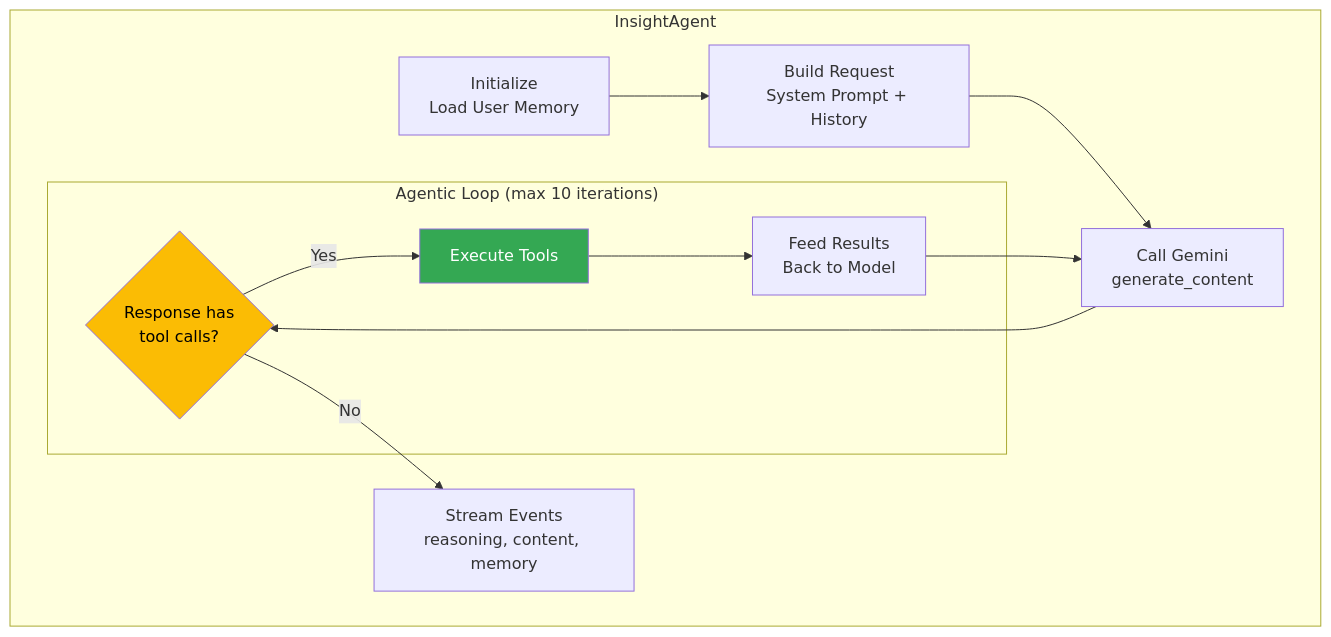
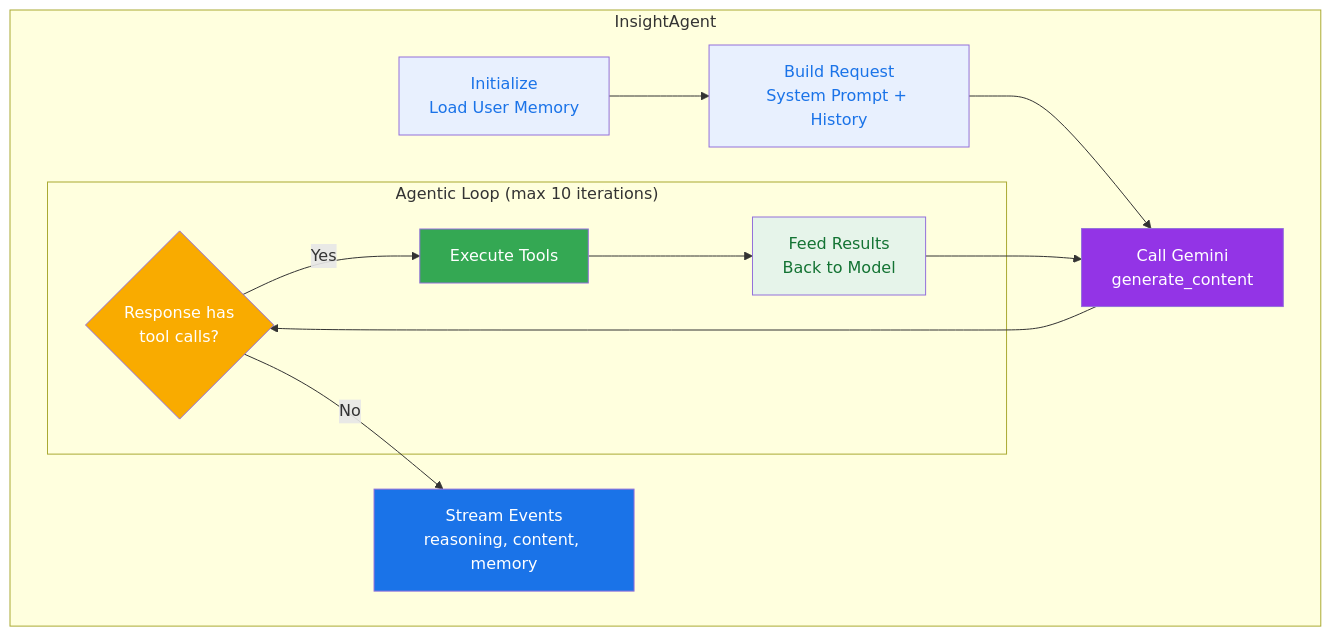
One commit to gadekar-pravin/InsightAgent changed the sixth of 23 diagrams in ARCHITECTURE.md. Above: the diagram before and after it, drawn with Mermaid. The commit also changed other lines of this file, not shown here.

First line of the commit message:
Implement consistent color theme for all Mermaid diagrams

````diff
--- a/ARCHITECTURE.md
+++ b/ARCHITECTURE.md
@@ -238,23 +282,28 @@
 ```mermaid
 flowchart TB
     subgraph "InsightAgent"
         INIT[Initialize<br/>Load User Memory]
         BUILD[Build Request<br/>System Prompt + History]
         CALL[Call Gemini<br/>generate_content]
 
         subgraph "Agentic Loop (max 10 iterations)"
             CHECK{Response has<br/>tool calls?}
             EXEC[Execute Tools]
             FEED[Feed Results<br/>Back to Model]
         end
 
         STREAM[Stream Events<br/>reasoning, content, memory]
     end
 
     INIT --> BUILD --> CALL --> CHECK
     CHECK -->|Yes| EXEC --> FEED --> CALL
     CHECK -->|No| STREAM
 
-    style CHECK fill:#FBBC04,color:#000
+    style INIT fill:#E8F0FE,color:#1A73E8
+    style BUILD fill:#E8F0FE,color:#1A73E8
+    style CALL fill:#9334E6,color:#fff
+    style CHECK fill:#F9AB00,color:#fff
     style EXEC fill:#34A853,color:#fff
+    style FEED fill:#E6F4EA,color:#137333
+    style STREAM fill:#1A73E8,color:#fff
 ```
````
